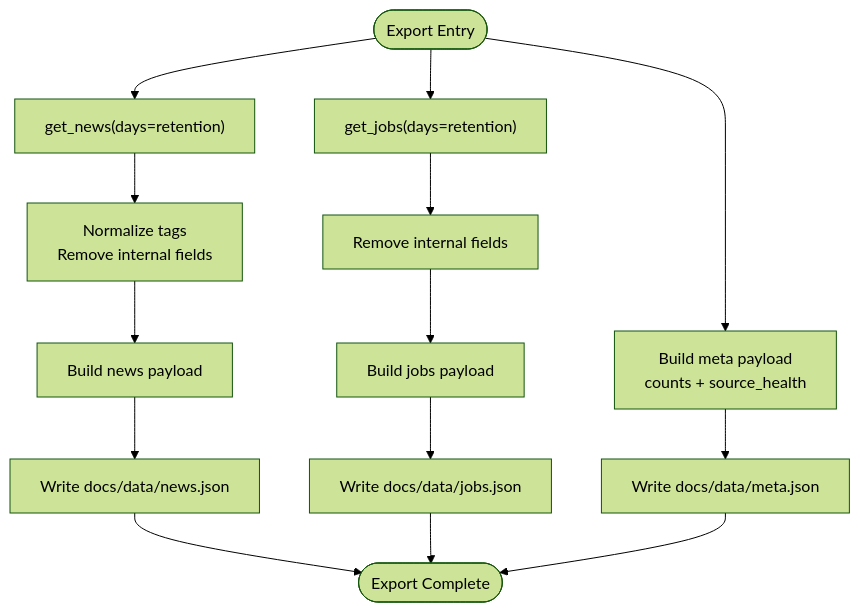
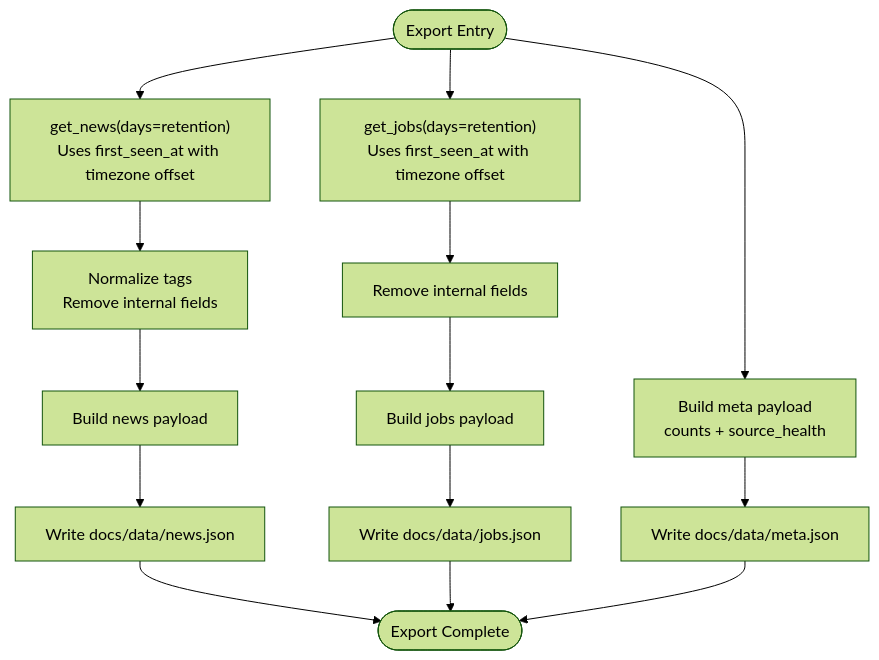
One commit to shakthi-vinayak/news changed the fourth of 7 diagrams in .qoder/repowiki/en/content/Data Management/Data Lifecycle Management.md. Above: the diagram before and after it, drawn with Mermaid (forest theme). The commit also changed other lines of this file and 37 other files, not shown here.

````diff
--- a/.qoder/repowiki/en/content/Data Management/Data Lifecycle Management.md
+++ b/.qoder/repowiki/en/content/Data Management/Data Lifecycle Management.md
@@ -198,16 +206,16 @@
 ```mermaid
 flowchart TD
-Start(["Export Entry"]) --> GetNews["get_news(days=retention)"]
+Start(["Export Entry"]) --> GetNews["get_news(days=retention)<br/>Uses first_seen_at with timezone offset"]
 GetNews --> NormalizeNews["Normalize tags<br/>Remove internal fields"]
 NormalizeNews --> BuildNews["Build news payload"]
 BuildNews --> WriteNews["Write docs/data/news.json"]
-Start --> GetJobs["get_jobs(days=retention)"]
+Start --> GetJobs["get_jobs(days=retention)<br/>Uses first_seen_at with timezone offset"]
 GetJobs --> NormalizeJobs["Remove internal fields"]
 NormalizeJobs --> BuildJobs["Build jobs payload"]
 BuildJobs --> WriteJobs["Write docs/data/jobs.json"]
 Start --> BuildMeta["Build meta payload<br/>counts + source_health"]
 BuildMeta --> WriteMeta["Write docs/data/meta.json"]
 WriteNews --> Done(["Export Complete"])
 WriteJobs --> Done
 WriteMeta --> Done
 ```
````
